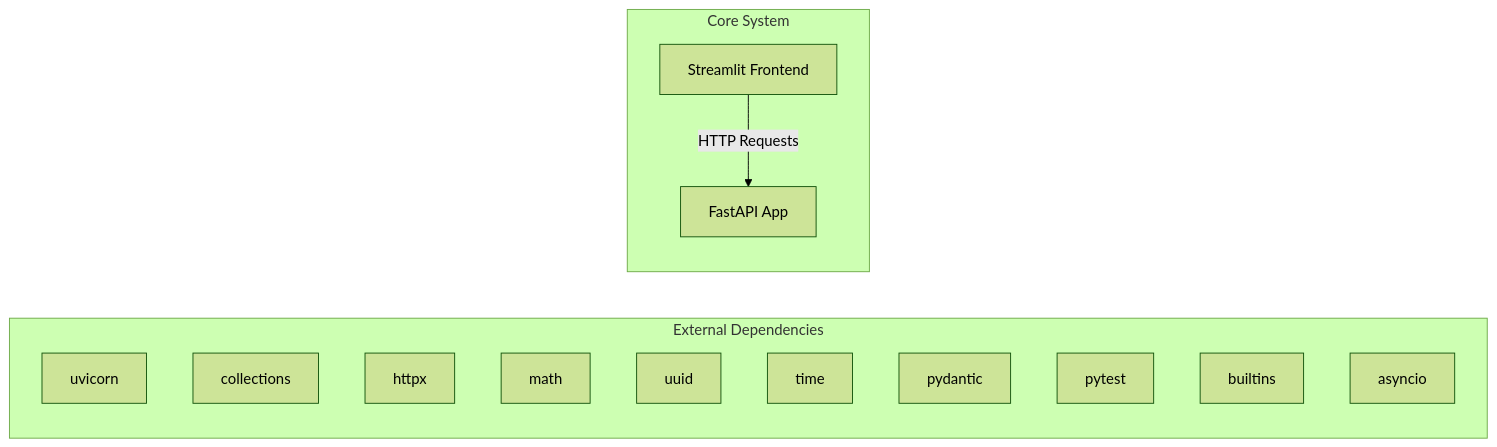
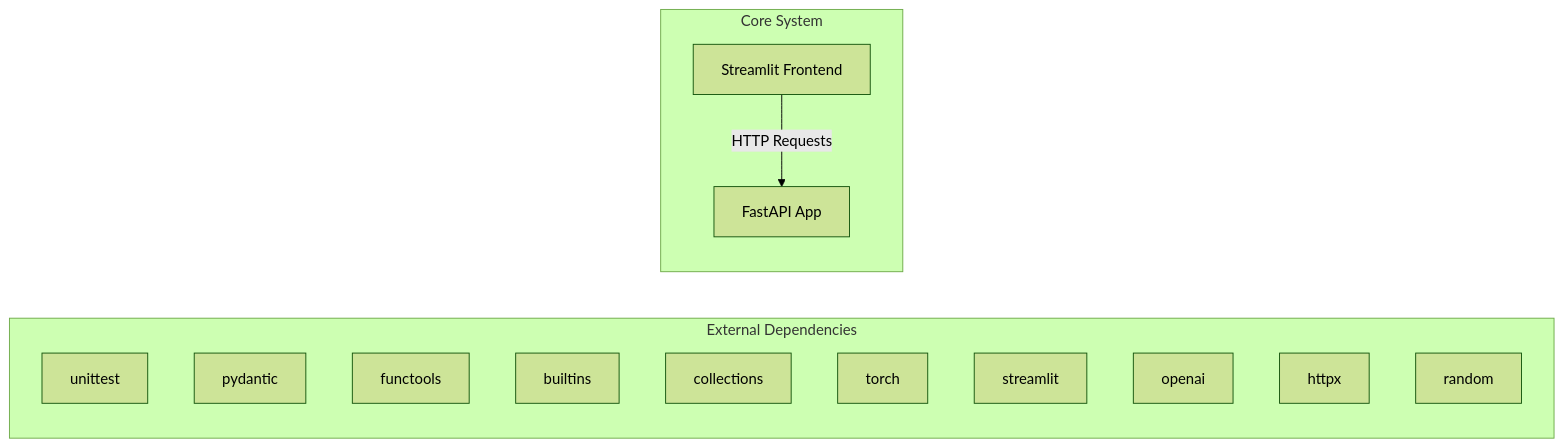
Before and after one commit to NITISH-R-G/rag-context-optimizer: the first of 2 diagrams in docs/architecture.md, drawn with Mermaid (forest theme). The commit also changed 1 other file, not shown here.

Commit message:
docs: auto-update repository knowledge, architecture diagrams, and documentation

````diff
--- a/docs/architecture.md
+++ b/docs/architecture.md
@@ -7,20 +7,20 @@
 ```mermaid
 graph LR
     subgraph External Dependencies
-        E0["uvicorn"]
-        E1["collections"]
-        E2["httpx"]
-        E3["math"]
-        E4["uuid"]
-        E5["time"]
-        E6["pydantic"]
-        E7["pytest"]
-        E8["builtins"]
-        E9["asyncio"]
+        E0["unittest"]
+        E1["pydantic"]
+        E2["functools"]
+        E3["builtins"]
+        E4["collections"]
+        E5["torch"]
+        E6["streamlit"]
+        E7["openai"]
+        E8["httpx"]
+        E9["random"]
     end
     subgraph Core System
         API["FastAPI App"]
         UI["Streamlit Frontend"]
     end
     UI -->|HTTP Requests| API
 ```
````
